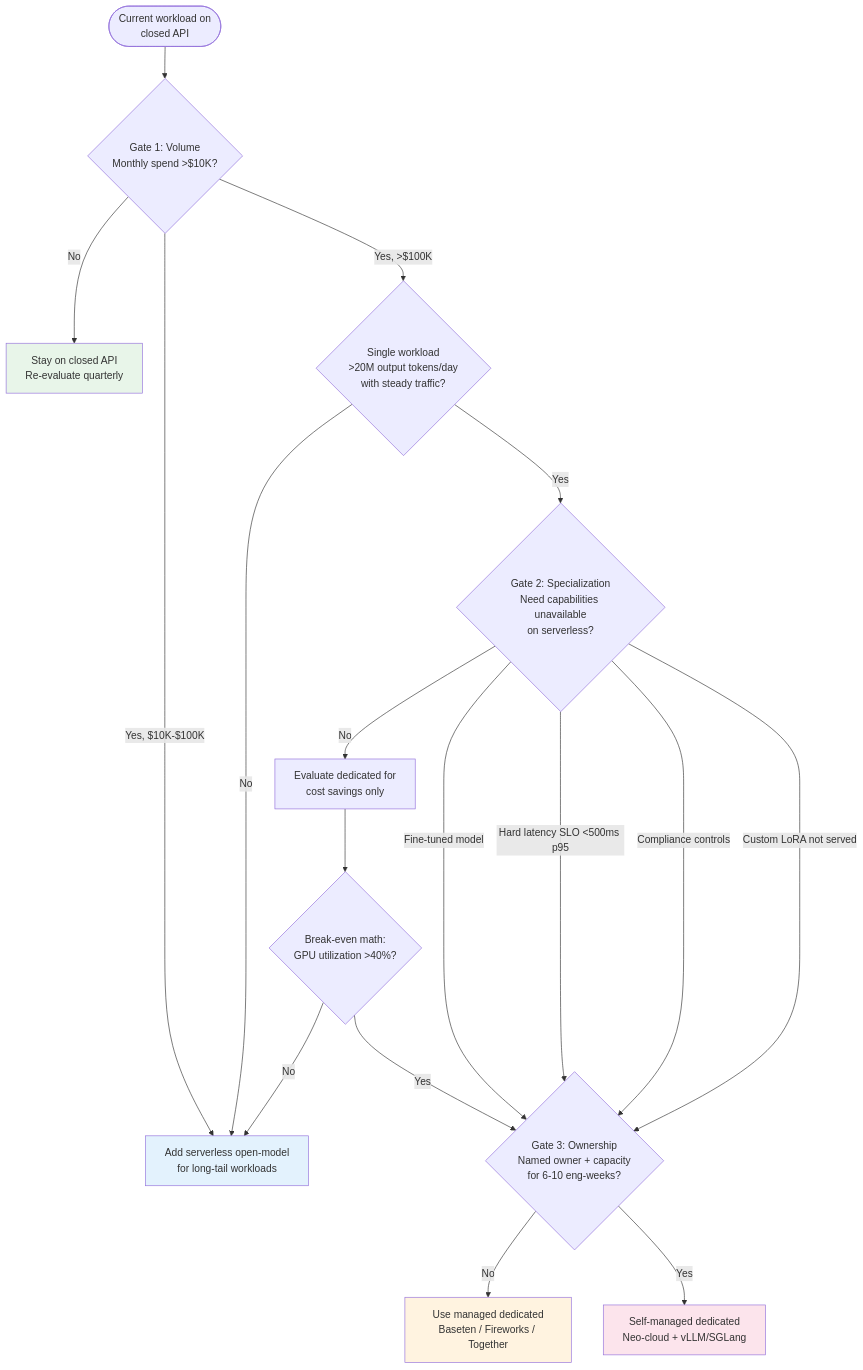
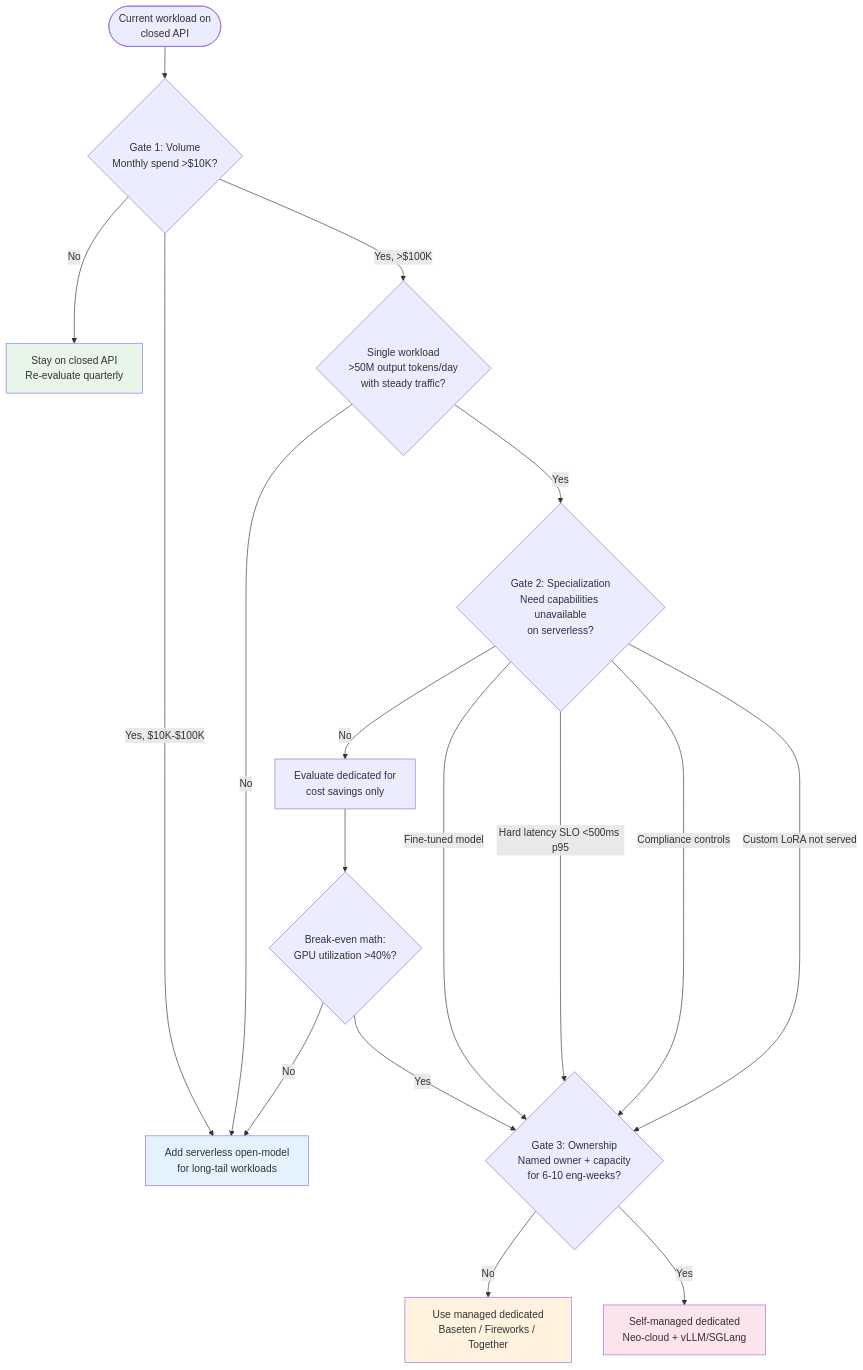
Before and after one commit to Sohailm25/inference-field-guide: the diagram in decision-trees/migration_gate.md, drawn with Mermaid. The commit also changed other lines of this file and 13 other files, not shown here.

````diff
--- a/decision-trees/migration_gate.md
+++ b/decision-trees/migration_gate.md
@@ -5,33 +5,33 @@
 ```mermaid
 flowchart TD
     START([Current workload on<br/>closed API]) --> G1
 
     G1{Gate 1: Volume<br/>Monthly spend >$10K?}
     G1 -->|No| STAY_API[Stay on closed API<br/>Re-evaluate quarterly]
     G1 -->|Yes, $10K-$100K| SERVERLESS[Add serverless open-model<br/>for long-tail workloads]
     G1 -->|Yes, >$100K| G1B
 
-    G1B{Single workload<br/>>20M output tokens/day<br/>with steady traffic?}
+    G1B{Single workload<br/>>50M output tokens/day<br/>with steady traffic?}
     G1B -->|No| SERVERLESS
     G1B -->|Yes| G2
 
     G2{Gate 2: Specialization<br/>Need capabilities unavailable<br/>on serverless?}
     G2 -->|No| SERVERLESS_DEDICATED[Evaluate dedicated for<br/>cost savings only]
     G2 -->|Fine-tuned model| G3
     G2 -->|Hard latency SLO <500ms p95| G3
     G2 -->|Compliance controls| G3
     G2 -->|Custom LoRA not served| G3
 
     SERVERLESS_DEDICATED --> BREAKEVEN{Break-even math:<br/>GPU utilization >40%?}
     BREAKEVEN -->|No| SERVERLESS
     BREAKEVEN -->|Yes| G3
 
     G3{Gate 3: Ownership<br/>Named owner + capacity<br/>for 6-10 eng-weeks?}
     G3 -->|No| MANAGED[Use managed dedicated<br/>Baseten / Fireworks / Together]
     G3 -->|Yes| DEDICATED[Self-managed dedicated<br/>Neo-cloud + vLLM/SGLang]
 
     style STAY_API fill:#e8f5e9
     style SERVERLESS fill:#e3f2fd
     style MANAGED fill:#fff3e0
     style DEDICATED fill:#fce4ec
 ```
````
